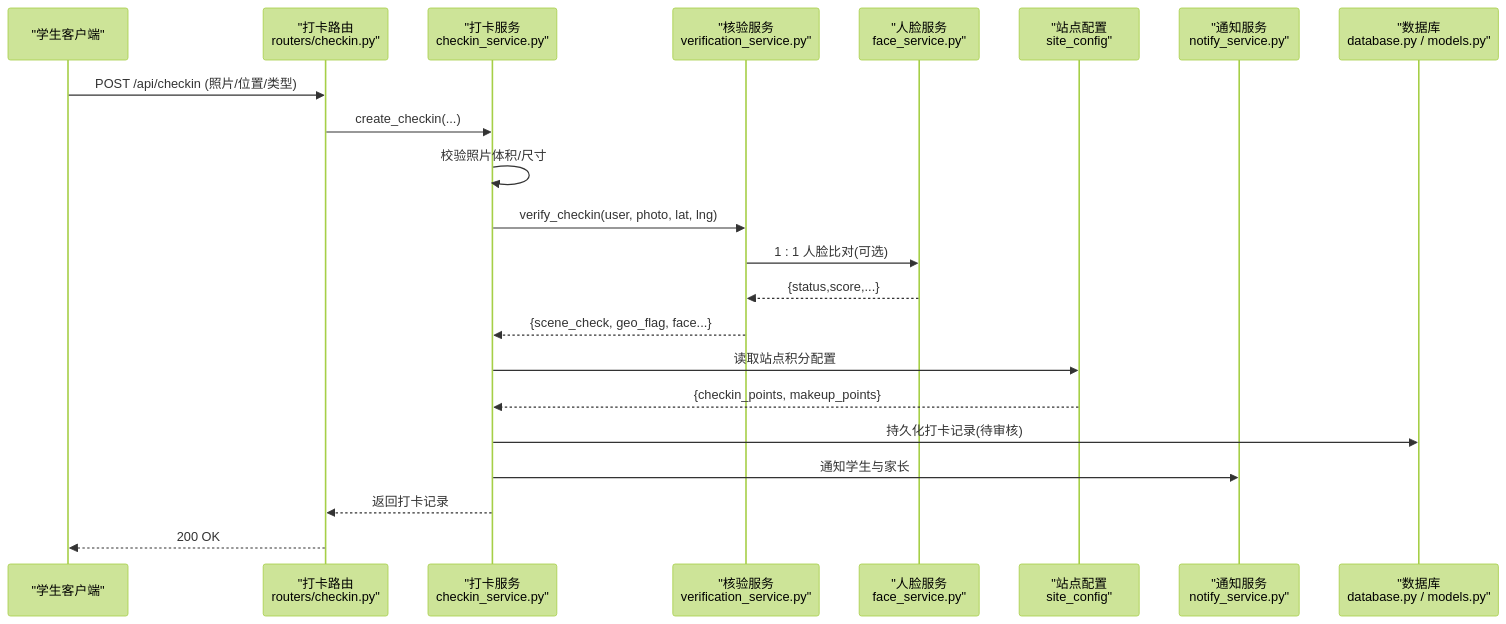
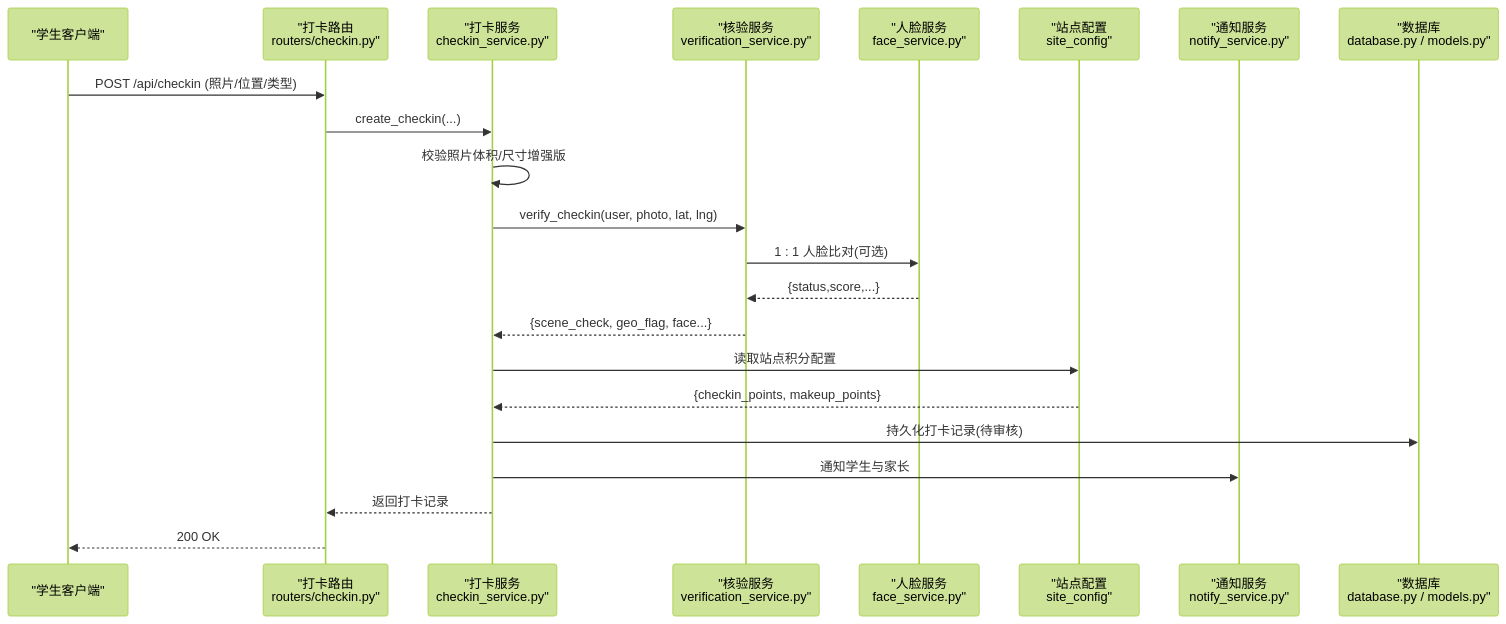
Before and after one commit to onebody/homework: the second of 5 diagrams in .qoder/repowiki/zh/content/暑假作业打卡系统/后端服务架构/服务层架构/打卡服务.md, drawn with Mermaid (forest theme). The commit also changed other lines of this file and 35 other files, not shown here.

````diff
--- a/.qoder/repowiki/zh/content/暑假作业打卡系统/后端服务架构/服务层架构/打卡服务.md
+++ b/.qoder/repowiki/zh/content/暑假作业打卡系统/后端服务架构/服务层架构/打卡服务.md
@@ -154,24 +155,24 @@
 ```mermaid
 sequenceDiagram
 participant U as "学生客户端"
 participant R as "打卡路由<br/>routers/checkin.py"
 participant S as "打卡服务<br/>checkin_service.py"
 participant V as "核验服务<br/>verification_service.py"
 participant F as "人脸服务<br/>face_service.py"
 participant C as "站点配置<br/>site_config"
 participant N as "通知服务<br/>notify_service.py"
 participant DB as "数据库<br/>database.py / models.py"
 U->>R : POST /api/checkin (照片/位置/类型)
 R->>S : create_checkin(...)
-S->>S : 校验照片体积/尺寸
+S->>S : 校验照片体积/尺寸增强版
 S->>V : verify_checkin(user, photo, lat, lng)
 V->>F : 1 : 1 人脸比对(可选)
 F-->>V : {status,score,...}
 V-->>S : {scene_check, geo_flag, face...}
 S->>C : 读取站点积分配置
 C-->>S : {checkin_points, makeup_points}
 S->>DB : 持久化打卡记录(待审核)
 S->>N : 通知学生与家长
 S-->>R : 返回打卡记录
 R-->>U : 200 OK
 ```
````
